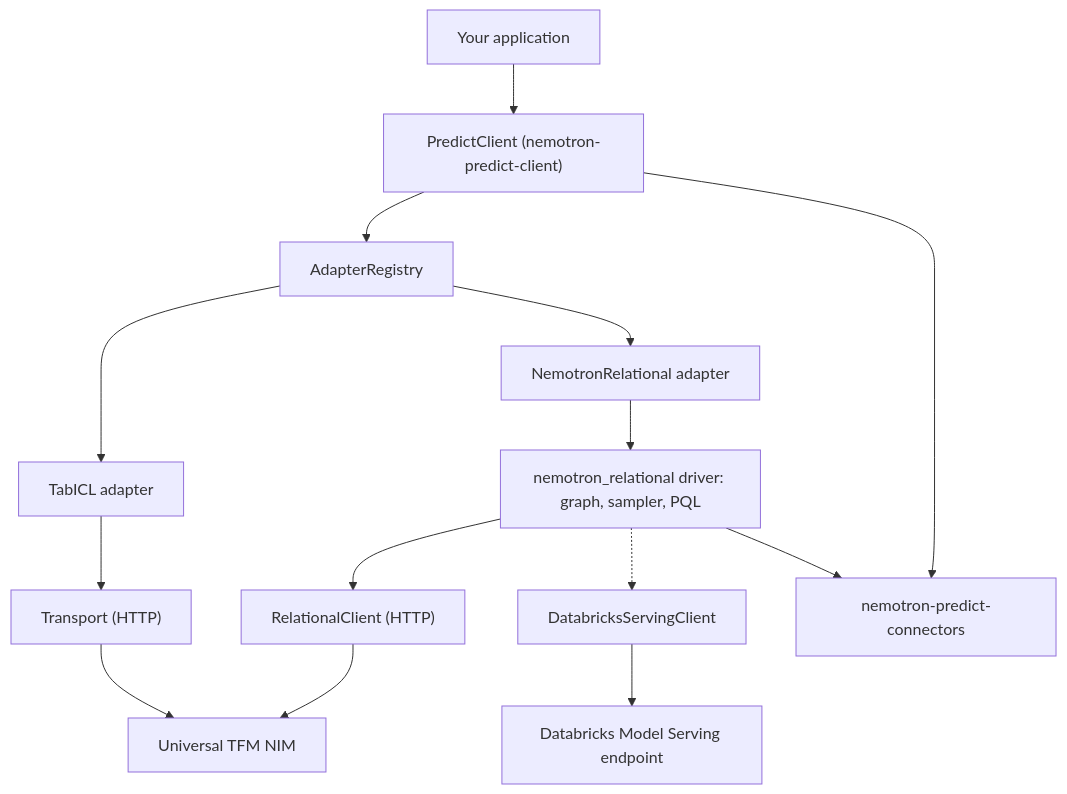
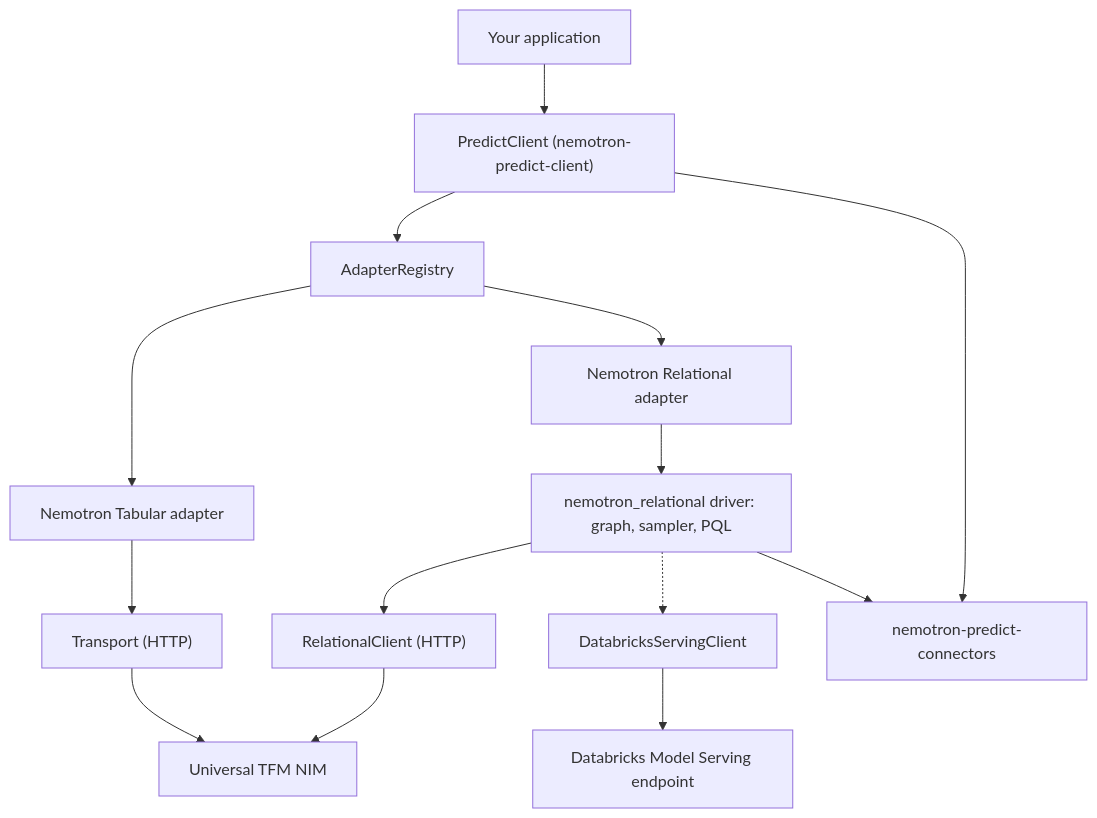
One commit to kumo-ai/kumo-relational-client changed the diagram in docs/about/architecture.md. Above: the diagram before and after it, drawn with Mermaid. The commit also changed other lines of this file and 88 other files, not shown here.

Commit message:
Name the models nemotron-relational and nemotron-tabular

````diff
--- a/docs/about/architecture.md
+++ b/docs/about/architecture.md
@@ -15,16 +15,16 @@
 ```mermaid
 flowchart TD
     app["Your application"] --> client["PredictClient (nemotron-predict-client)"]
     client --> registry["AdapterRegistry"]
-    registry --> tabicl["TabICL adapter"]
-    registry --> rfm["NemotronRelational adapter"]
+    registry --> tabicl["Nemotron Tabular adapter"]
+    registry --> rfm["Nemotron Relational adapter"]
     rfm --> driver["nemotron_relational driver: graph, sampler, PQL"]
     tabicl --> transport["Transport (HTTP)"]
     driver --> kumoclient["RelationalClient (HTTP)"]
     driver -.-> serving["DatabricksServingClient"]
     transport --> nim["Universal TFM NIM"]
     kumoclient --> nim
     serving --> endpoint["Databricks Model Serving endpoint"]
     client --> connectors["nemotron-predict-connectors"]
     driver --> connectors
 ```
````
